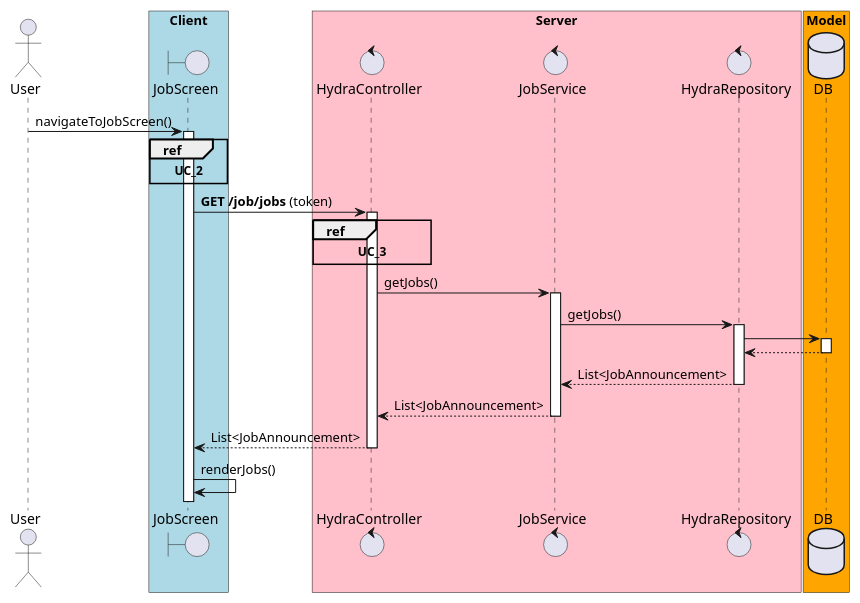
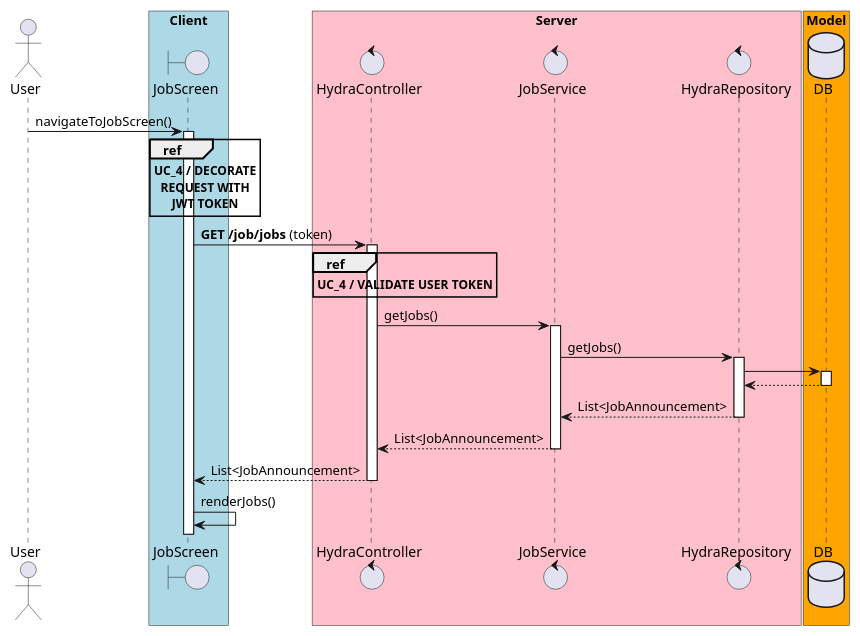
The diagram in sequence_diagram_job_list.puml (poznas/hydra-aimo), drawn with PlantUML before and after one commit. The commit also changed 16 other files, not shown here.

Commit message:
refactor UC_2, UC_3 to UC_4 nested sequence groups

```diff
--- a/sequence_diagram_job_list.puml
+++ b/sequence_diagram_job_list.puml
@@ -1,48 +1,48 @@
 @startuml
 actor User
 boundary JobScreen
 control HydraController
 control JobService
 control HydraRepository
 
 database DB
 
 box "Client" #LightBlue
    participant JobScreen
 end box
 
 box "Server" #Pink
    control HydraController
     control JobService
     control HydraRepository
 end box
 
 box "Model" #Orange
    participant DB
 end box
 
 User -> JobScreen : navigateToJobScreen()
 activate JobScreen
-ref over JobScreen : **UC_2**
+ref over JobScreen : **UC_4 / DECORATE**\n**REQUEST WITH**\n**JWT TOKEN**
 JobScreen -> HydraController : **GET /job/jobs** (token)
-ref over HydraController : **UC_3**
+ref over HydraController : **UC_4 / VALIDATE USER TOKEN**
 
 activate HydraController
 HydraController -> JobService : getJobs()
 activate JobService
 JobService -> HydraRepository : getJobs()
 activate HydraRepository
 HydraRepository -> DB
 activate DB
 DB --> HydraRepository 
 deactivate DB
 HydraRepository --> JobService : List<JobAnnouncement>
 deactivate HydraRepository
 JobService --> HydraController : List<JobAnnouncement>
 deactivate JobService
 HydraController --> JobScreen : List<JobAnnouncement>
 deactivate HydraController
 JobScreen -> JobScreen : renderJobs()
 
 
 @enduml
```
